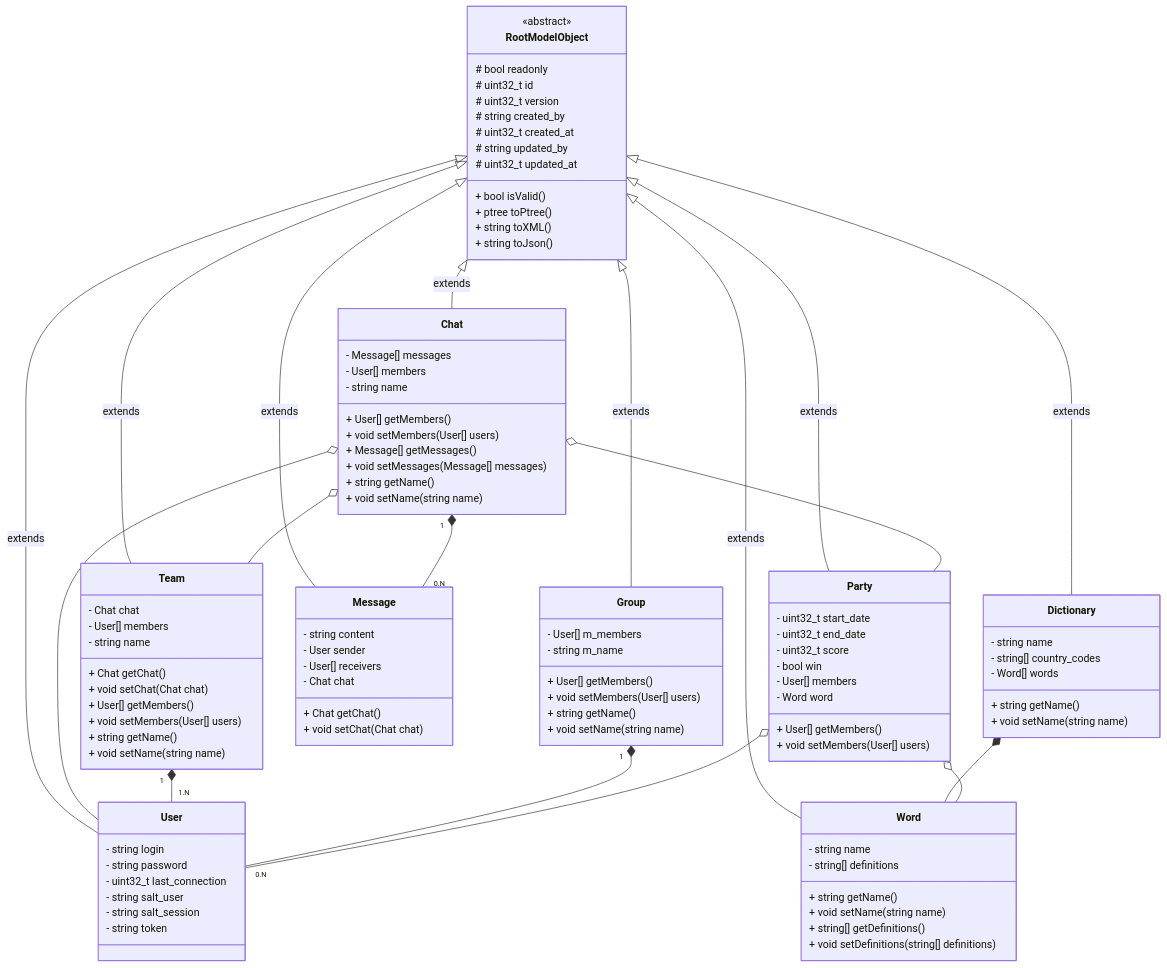
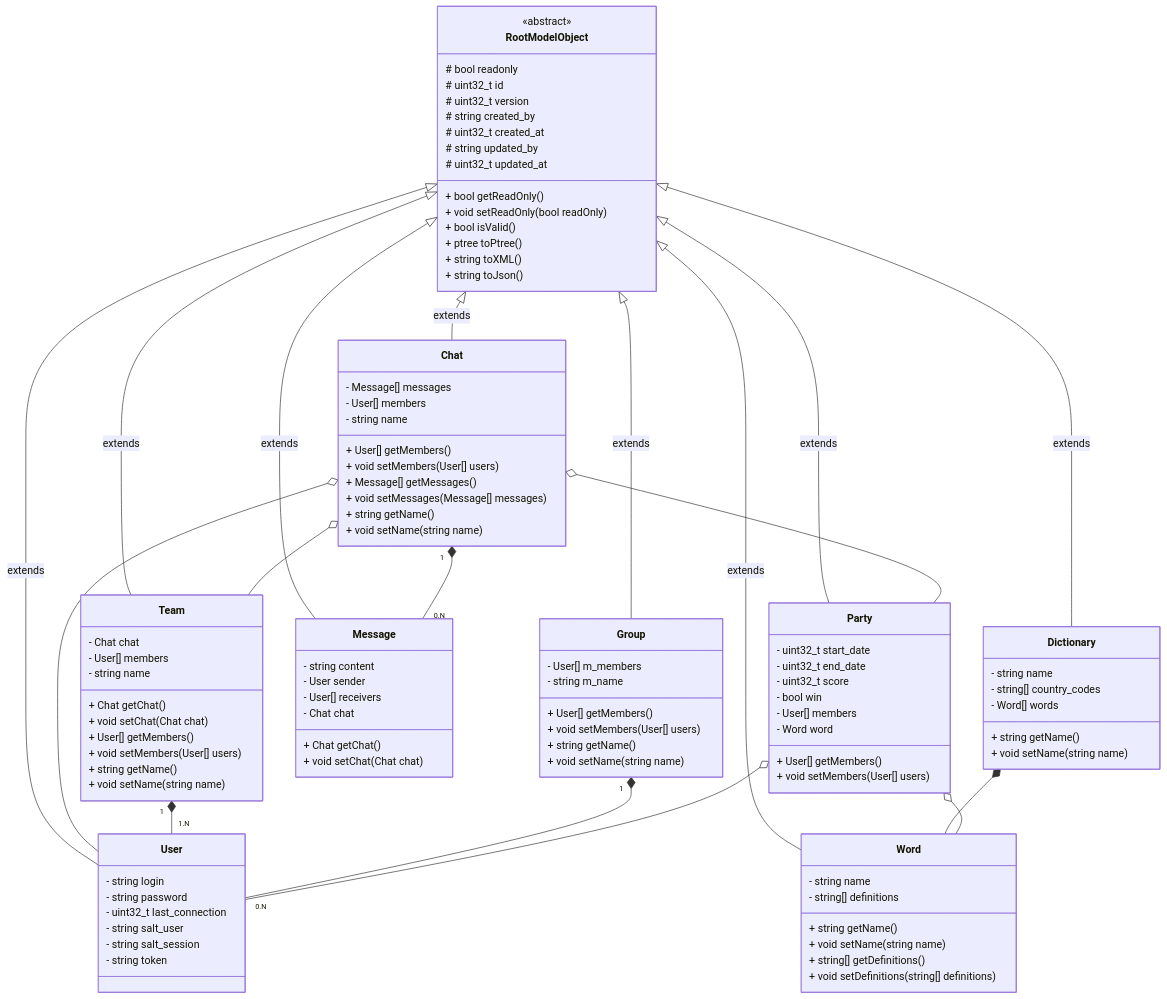
Before and after one commit to MGuillaumeF/hangman-game: the diagram in wiki/dev-rules.md, drawn with Mermaid.

```diff
--- a/wiki/dev-rules.md
+++ b/wiki/dev-rules.md
@@ -82,6 +82,8 @@
 RootModelObject : # uint32_t created_at
 RootModelObject : # string updated_by
 RootModelObject : # uint32_t updated_at
+RootModelObject : + bool getReadOnly()
+RootModelObject : + void setReadOnly(bool readOnly)
 RootModelObject : + bool isValid()
 RootModelObject : + ptree toPtree()
 RootModelObject : + string toXML()
```
